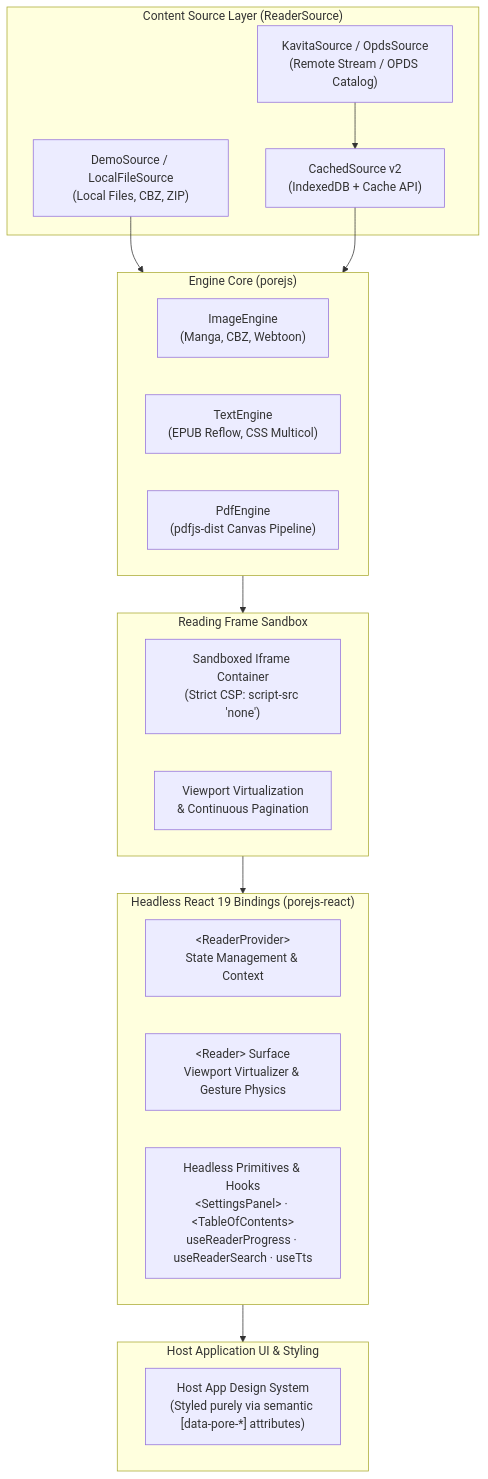
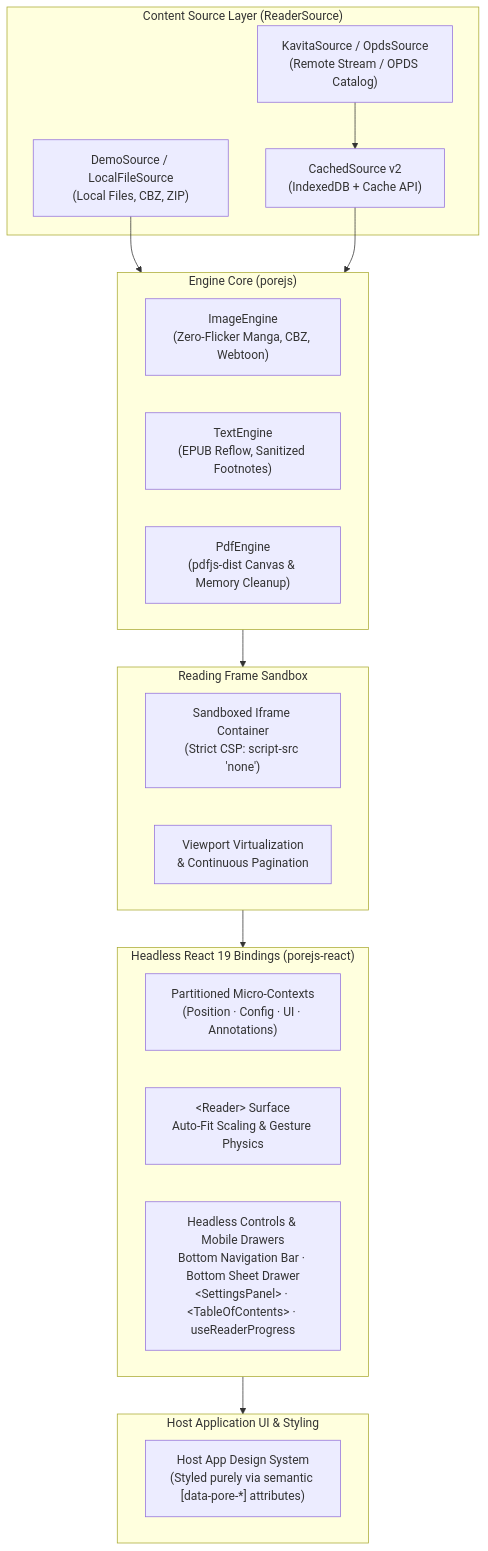
Before and after one commit to samsmon/pore-js: the diagram in README.md, drawn with Mermaid. The commit also changed other lines of this file and 7 other files, not shown here.

````diff
--- a/README.md
+++ b/README.md
@@ -31,36 +34,36 @@
 ```mermaid
 flowchart TD
     subgraph Sources[" Content Source Layer (ReaderSource) "]
         Demo["DemoSource / LocalFileSource<br/>(Local Files, CBZ, ZIP)"]
         Remote["KavitaSource / OpdsSource<br/>(Remote Stream / OPDS Catalog)"]
         Cache["CachedSource v2<br/>(IndexedDB + Cache API)"]
     end
 
     subgraph Core[" Engine Core (porejs) "]
-        ImgEng["ImageEngine<br/>(Manga, CBZ, Webtoon)"]
-        TxtEng["TextEngine<br/>(EPUB Reflow, CSS Multicol)"]
-        PdfEng["PdfEngine<br/>(pdfjs-dist Canvas Pipeline)"]
+        ImgEng["ImageEngine<br/>(Zero-Flicker Manga, CBZ, Webtoon)"]
+        TxtEng["TextEngine<br/>(EPUB Reflow, Sanitized Footnotes)"]
+        PdfEng["PdfEngine<br/>(pdfjs-dist Canvas & Memory Cleanup)"]
     end
 
     subgraph Sandbox[" Reading Frame Sandbox "]
         Frame["Sandboxed Iframe Container<br/>(Strict CSP: script-src 'none')"]
         Virtual["Viewport Virtualization<br/>& Continuous Pagination"]
     end
 
     subgraph ReactBindings[" Headless React 19 Bindings (porejs-react) "]
-        Provider["&lt;ReaderProvider&gt;<br/>State Management & Context"]
-        ReaderComp["&lt;Reader&gt; Surface<br/>Viewport Virtualizer & Gesture Physics"]
-        HeadlessUI["Headless Primitives & Hooks<br/>&lt;SettingsPanel&gt; · &lt;TableOfContents&gt;<br/>useReaderProgress · useReaderSearch · useTts"]
+        MicroCtx["Partitioned Micro-Contexts<br/>(Position · Config · UI · Annotations)"]
+        ReaderComp["&lt;Reader&gt; Surface<br/>Auto-Fit Scaling & Gesture Physics"]
+        MobileUI["Headless Controls & Mobile Drawers<br/>Bottom Navigation Bar · Bottom Sheet Drawer<br/>&lt;SettingsPanel&gt; · &lt;TableOfContents&gt; · useReaderProgress"]
     end
 
     subgraph HostApp[" Host Application UI & Styling "]
         HostStyles["Host App Design System<br/>(Styled purely via semantic [data-pore-*] attributes)"]
     end
 
     Demo --> Core
     Remote --> Cache
     Cache --> Core
     Core --> Sandbox
     Sandbox --> ReactBindings
     ReactBindings --> HostApp
 ```
````
